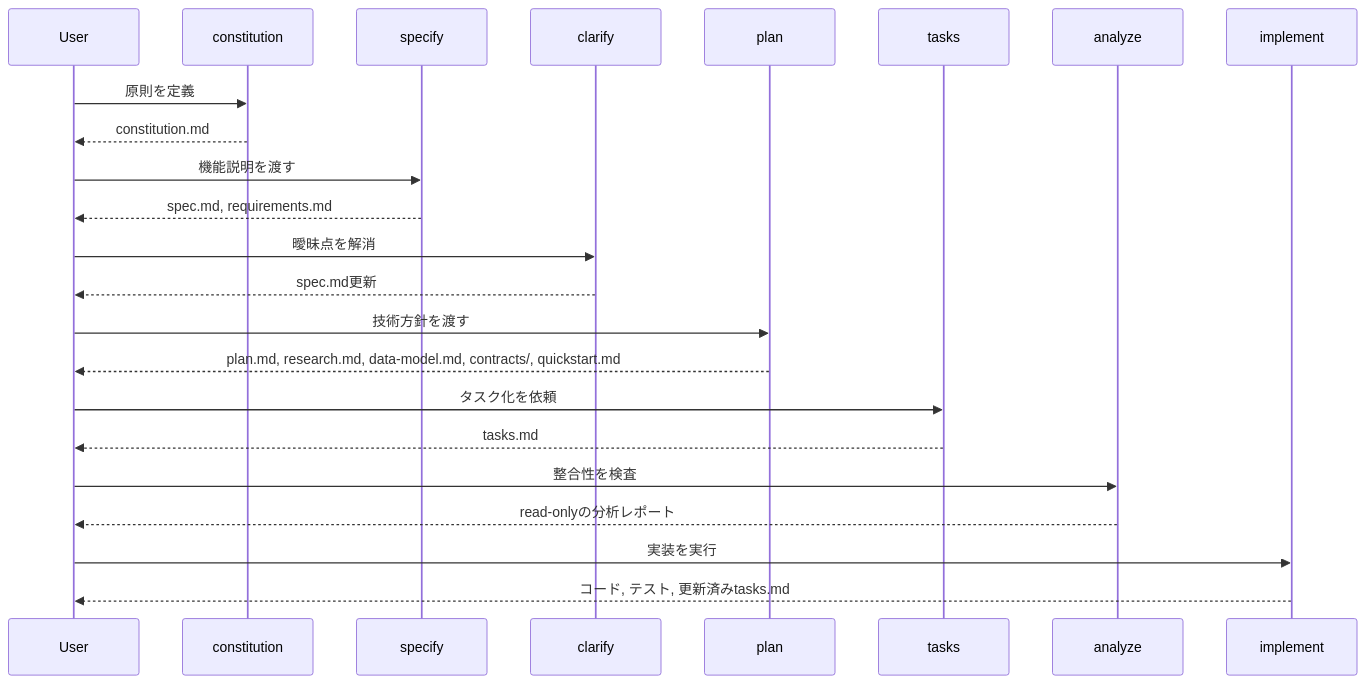
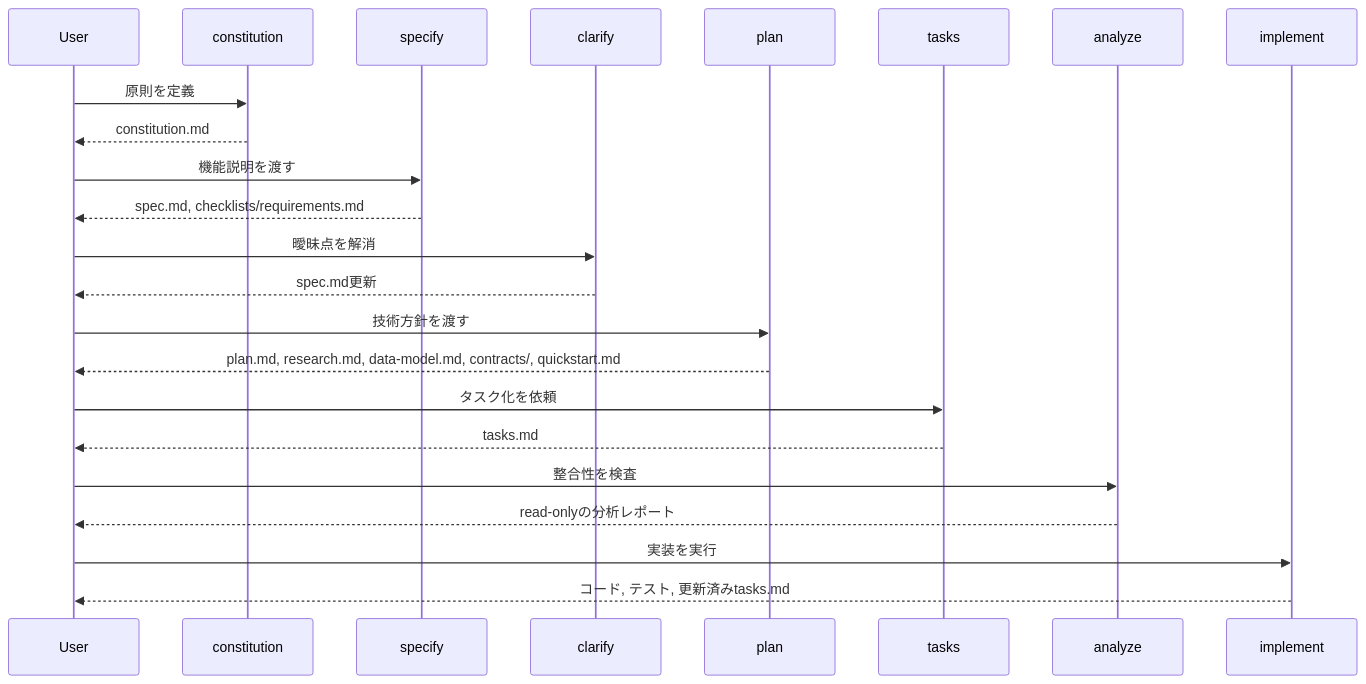
One commit to rising3/speckit-cookbook changed the second of 3 diagrams in docs/spec-kit_command_reference.md. Above: the diagram before and after it, drawn with Mermaid. The commit also changed other lines of this file and 2 other files, not shown here.

````diff
--- a/docs/spec-kit_command_reference.md
+++ b/docs/spec-kit_command_reference.md
@@ -117,26 +117,26 @@
 ```mermaid
 sequenceDiagram
     participant U as User
     participant C as constitution
     participant S as specify
     participant CL as clarify
     participant P as plan
     participant T as tasks
     participant A as analyze
     participant I as implement
 
     U->>C: 原則を定義
     C-->>U: constitution.md
     U->>S: 機能説明を渡す
-    S-->>U: spec.md, requirements.md
+    S-->>U: spec.md, checklists/requirements.md
     U->>CL: 曖昧点を解消
     CL-->>U: spec.md更新
     U->>P: 技術方針を渡す
     P-->>U: plan.md, research.md, data-model.md, contracts/, quickstart.md
     U->>T: タスク化を依頼
     T-->>U: tasks.md
     U->>A: 整合性を検査
     A-->>U: read-onlyの分析レポート
     U->>I: 実装を実行
     I-->>U: コード, テスト, 更新済みtasks.md
 ```
````
